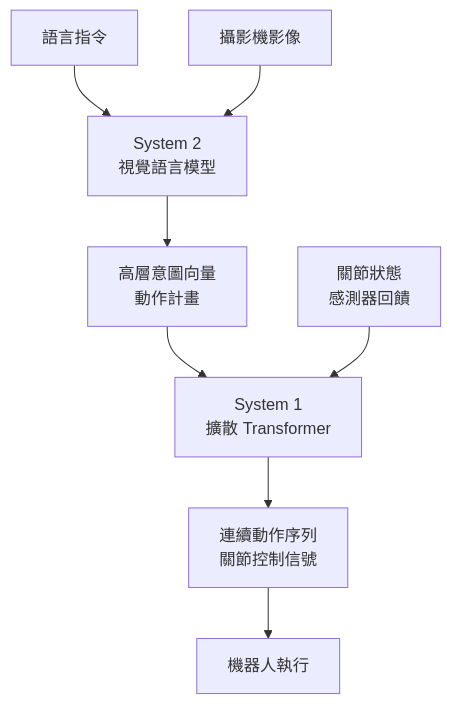
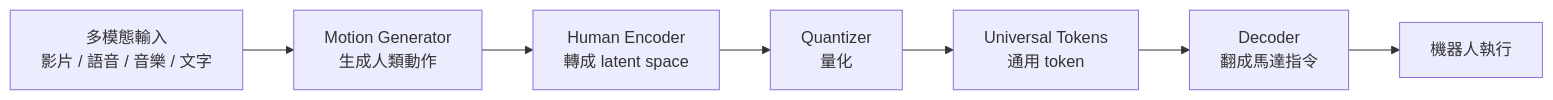
Before and after one commit to a920604a/engineernews: the diagram in src/content/posts/tech/2026-05-05-nvidias-new-ai-broke-my-brain.md, drawn with Mermaid. The commit also changed other lines of this file and 468 other files, not shown here.

````diff
--- a/src/content/posts/tech/2026-05-05-nvidias-new-ai-broke-my-brain.md
+++ b/src/content/posts/tech/2026-05-05-nvidias-new-ai-broke-my-brain.md
@@ -63,10 +55,9 @@
 ```mermaid
-graph TD
-    A[語言指令] --> VLM[System 2<br>視覺語言模型]
-    B[攝影機影像] --> VLM
-    VLM --> C[高層意圖向量<br>動作計畫]
-    C --> DT[System 1<br>擴散 Transformer]
-    D[關節狀態<br>感測器回饋] --> DT
-    DT --> E[連續動作序列<br>關節控制信號]
-    E --> F[機器人執行]
+graph LR
+    A["多模態輸入<br/>影片 / 語音 / 音樂 / 文字"] --> B[Motion Generator<br/>生成人類動作]
+    B --> C[Human Encoder<br/>轉成 latent space]
+    C --> D[Quantizer<br/>量化]
+    D --> E["Universal Tokens<br/>通用 token"]
+    E --> F[Decoder<br/>翻成馬達指令]
+    F --> G[機器人執行]
 ```
````
